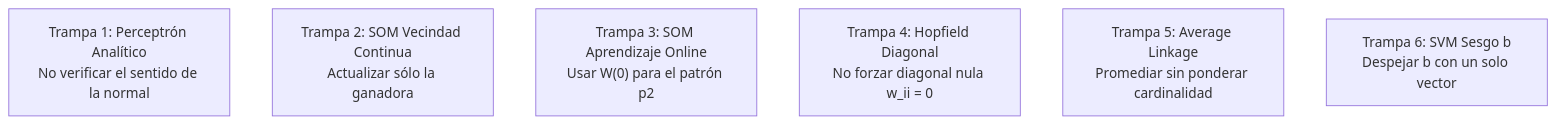
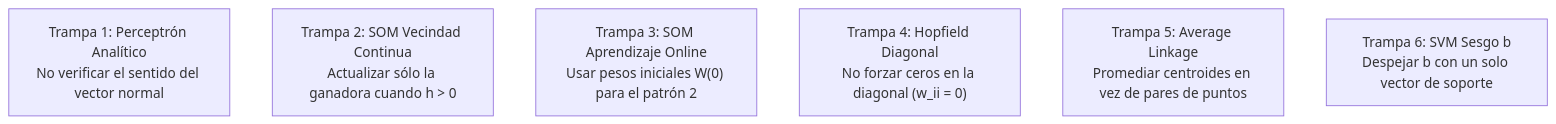
One commit to FranDSchz/ia-segundo-parcial-utn-frre changed the second of 2 diagrams in README.md. Above: the diagram before and after it, drawn with Mermaid. The commit also changed other lines of this file and 2 other files, not shown here.

Commit message:
docs: reestructurar README y guias con estetica profesional, jerarquia de examenes recientes 2024-2025 y eliminacion de meta-comentarios

````diff
--- a/README.md
+++ b/README.md
@@ -154,9 +124,9 @@
 ```mermaid
 graph TD
-    T1["Trampa 1: Perceptrón Analítico<br>No verificar el sentido de la normal"]
-    T2["Trampa 2: SOM Vecindad Continua<br>Actualizar sólo la ganadora"]
-    T3["Trampa 3: SOM Aprendizaje Online<br>Usar W(0) para el patrón p2"]
-    T4["Trampa 4: Hopfield Diagonal<br>No forzar diagonal nula w_ii = 0"]
-    T5["Trampa 5: Average Linkage<br>Promediar sin ponderar cardinalidad"]
-    T6["Trampa 6: SVM Sesgo b<br>Despejar b con un solo vector"]
+    T1["Trampa 1: Perceptrón Analítico<br>No verificar el sentido del vector normal"]
+    T2["Trampa 2: SOM Vecindad Continua<br>Actualizar sólo la ganadora cuando h > 0"]
+    T3["Trampa 3: SOM Aprendizaje Online<br>Usar pesos iniciales W(0) para el patrón 2"]
+    T4["Trampa 4: Hopfield Diagonal<br>No forzar ceros en la diagonal (w_ii = 0)"]
+    T5["Trampa 5: Average Linkage<br>Promediar centroides en vez de pares de puntos"]
+    T6["Trampa 6: SVM Sesgo b<br>Despejar b con un solo vector de soporte"]
 ```
````
